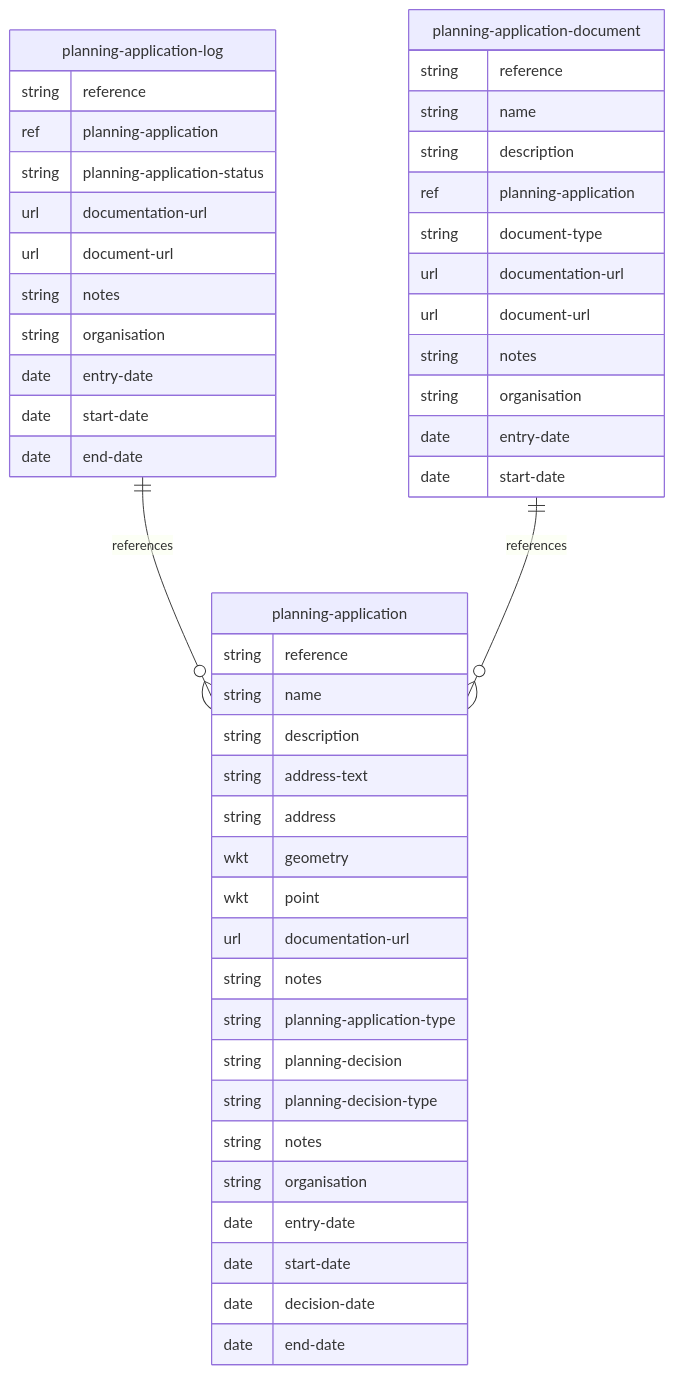
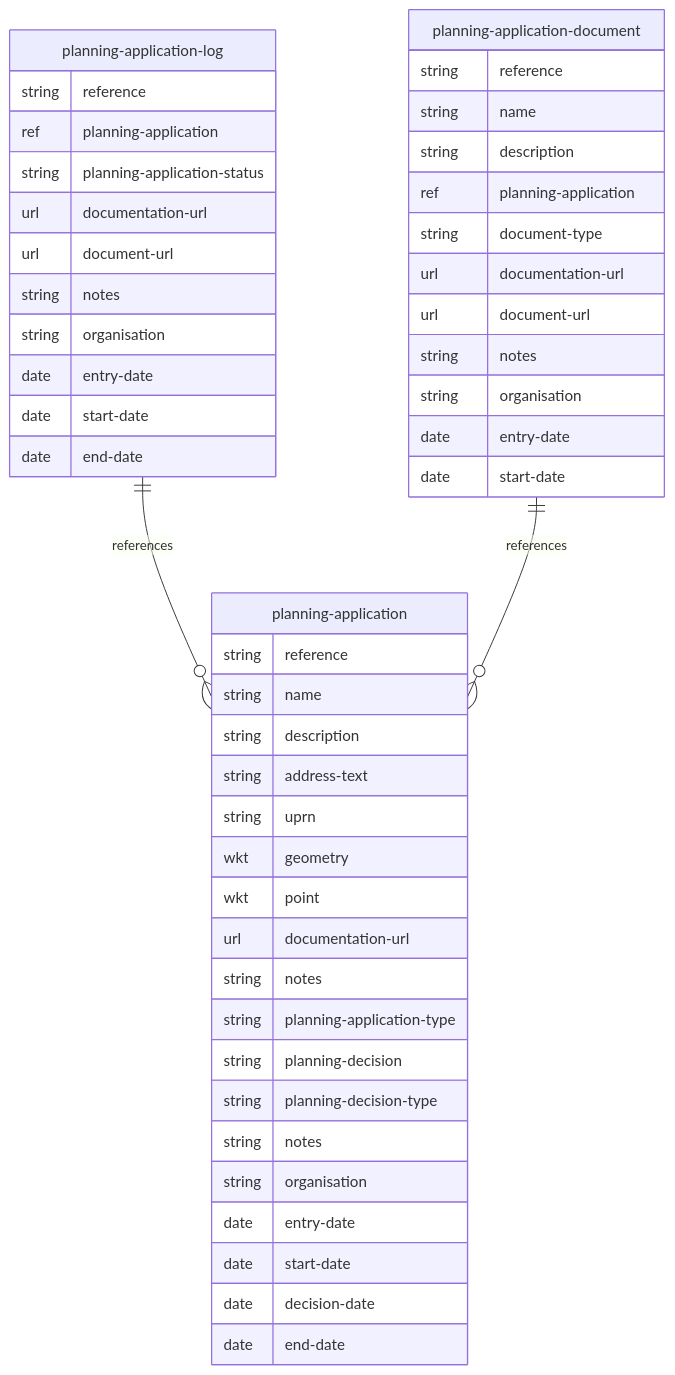
The diagram in mermaid/planning-application.md (digital-land/specification), drawn with Mermaid before and after one commit. The commit also changed 11 other files, not shown here.

````diff
--- a/mermaid/planning-application.md
+++ b/mermaid/planning-application.md
@@ -4,50 +4,50 @@
 ```mermaid
 erDiagram
     planning-application {
         string reference
         string name
         string description
         string address-text
-        string address
+        string uprn
         wkt geometry
         wkt point
         url documentation-url
         string notes
         string planning-application-type
         string planning-decision
         string planning-decision-type
         string notes
         string organisation
         date entry-date
         date start-date
         date decision-date
         date end-date
     }
     planning-application-log {
         string reference
         ref planning-application
         string planning-application-status
         url documentation-url
         url document-url
         string notes
         string organisation
         date entry-date
         date start-date
         date end-date
     }
     planning-application-document {
         string reference
         string name
         string description
         ref planning-application
         string document-type
         url documentation-url
         url document-url
         string notes
         string organisation
         date entry-date
         date start-date
     }
     planning-application-log ||--o{ planning-application : references
     planning-application-document ||--o{ planning-application : references
 ```
````
